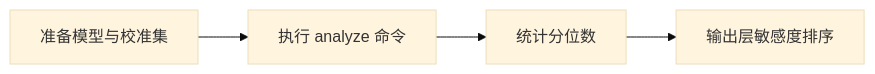
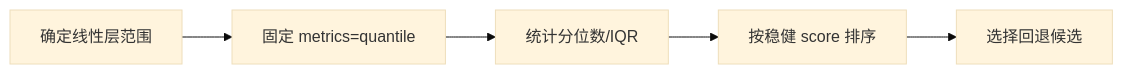
One commit to mindstudio-docs/master changed the diagram in msmodelslim/docs/zh/knowledge_base/quantization_algorithms/quantile/usage_quantile.md. Above: the diagram before and after it, drawn with Mermaid (base theme). The commit also changed other lines of this file and 73 other files, not shown here.

````diff
--- a/msmodelslim/docs/zh/knowledge_base/quantization_algorithms/quantile/usage_quantile.md
+++ b/msmodelslim/docs/zh/knowledge_base/quantization_algorithms/quantile/usage_quantile.md
@@ -40,6 +23,7 @@
 ```mermaid
 flowchart LR
-    A[准备模型与校准集] --> B[执行 analyze 命令]
-    B --> C[统计分位数]
-    C --> D[输出层敏感度排序]
+    A[确定线性层范围] --> B[固定 metrics=quantile]
+    B[固定 metrics=quantile] --> C[统计分位数/IQR]
+    C[统计分位数/IQR] --> D[按稳健 score 排序]
+    D[按稳健 score 排序] --> E[选择回退候选]
 ```
````
